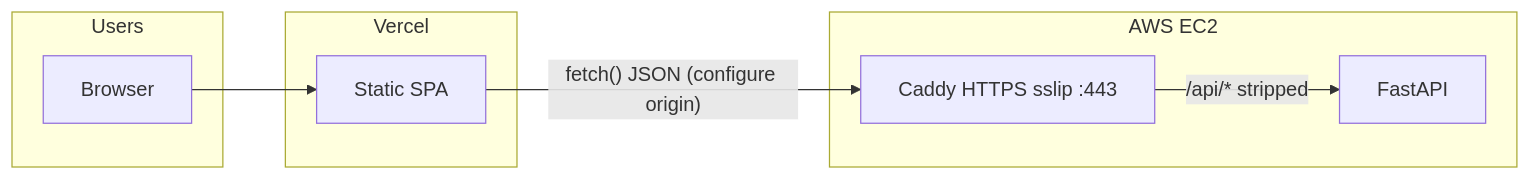
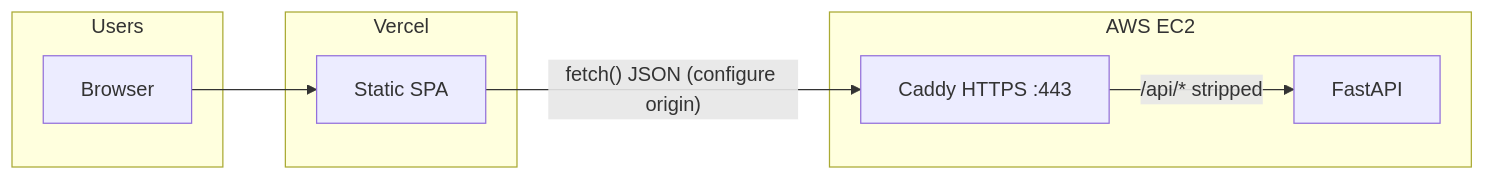
The diagram in docs/CICD_DEPLOYMENT.md (timothy-choi/cloud-networking-studio), drawn with Mermaid before and after one commit. The commit also changed other lines of this file and 10 other files, not shown here.

````diff
--- a/docs/CICD_DEPLOYMENT.md
+++ b/docs/CICD_DEPLOYMENT.md
@@ -19,16 +19,16 @@
 ```mermaid
 flowchart LR
   subgraph users [Users]
     B[Browser]
   end
   subgraph vercel [Vercel]
     UI[Static SPA]
   end
   subgraph aws [AWS EC2]
-    C[Caddy HTTPS sslip :443]
+    C[Caddy HTTPS :443]
     A[FastAPI]
   end
   B --> UI
   UI -->|"fetch() JSON (configure origin)"| C
   C -->|"/api/* stripped"| A
 ```
````
